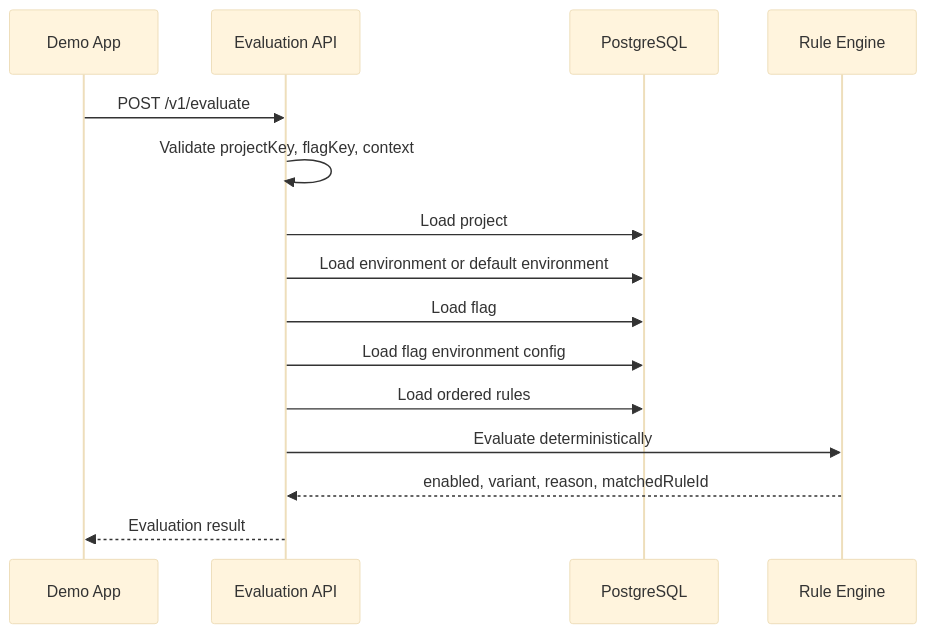
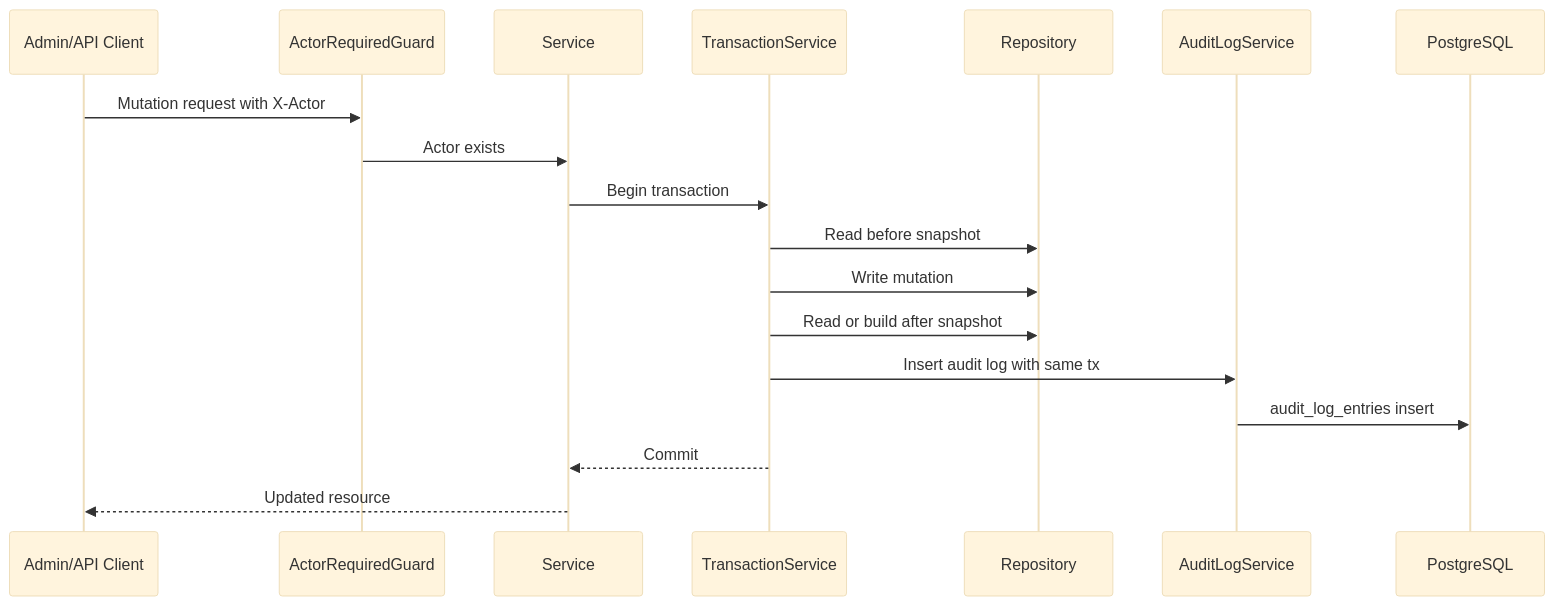
Before and after one commit to fabyanbui/feature-flag-platform: the fifth of 5 diagrams in docs/learning/codebase-map.md, drawn with Mermaid (base theme). The commit also changed other lines of this file and 1 other file, not shown here.

Commit message:
docs: update codebase map to reflect project state and add domain logic overview

````diff
--- a/docs/learning/codebase-map.md
+++ b/docs/learning/codebase-map.md
@@ -904,18 +819,21 @@
 ```mermaid
 sequenceDiagram
-  participant Demo as Demo App
-  participant Eval as Evaluation API
+  participant Client as Admin/API Client
+  participant Guard as ActorRequiredGuard
+  participant Service
+  participant Tx as TransactionService
+  participant Repo as Repository
+  participant Audit as AuditLogService
   participant DB as PostgreSQL
-  participant Engine as Rule Engine
 
-  Demo->>Eval: POST /v1/evaluate
-  Eval->>Eval: Validate projectKey, flagKey, context
-  Eval->>DB: Load project
-  Eval->>DB: Load environment or default environment
-  Eval->>DB: Load flag
-  Eval->>DB: Load flag environment config
-  Eval->>DB: Load ordered rules
-  Eval->>Engine: Evaluate deterministically
-  Engine-->>Eval: enabled, variant, reason, matchedRuleId
-  Eval-->>Demo: Evaluation result
+  Client->>Guard: Mutation request with X-Actor
+  Guard->>Service: Actor exists
+  Service->>Tx: Begin transaction
+  Tx->>Repo: Read before snapshot
+  Tx->>Repo: Write mutation
+  Tx->>Repo: Read or build after snapshot
+  Tx->>Audit: Insert audit log with same tx
+  Audit->>DB: audit_log_entries insert
+  Tx-->>Service: Commit
+  Service-->>Client: Updated resource
 ```
````
